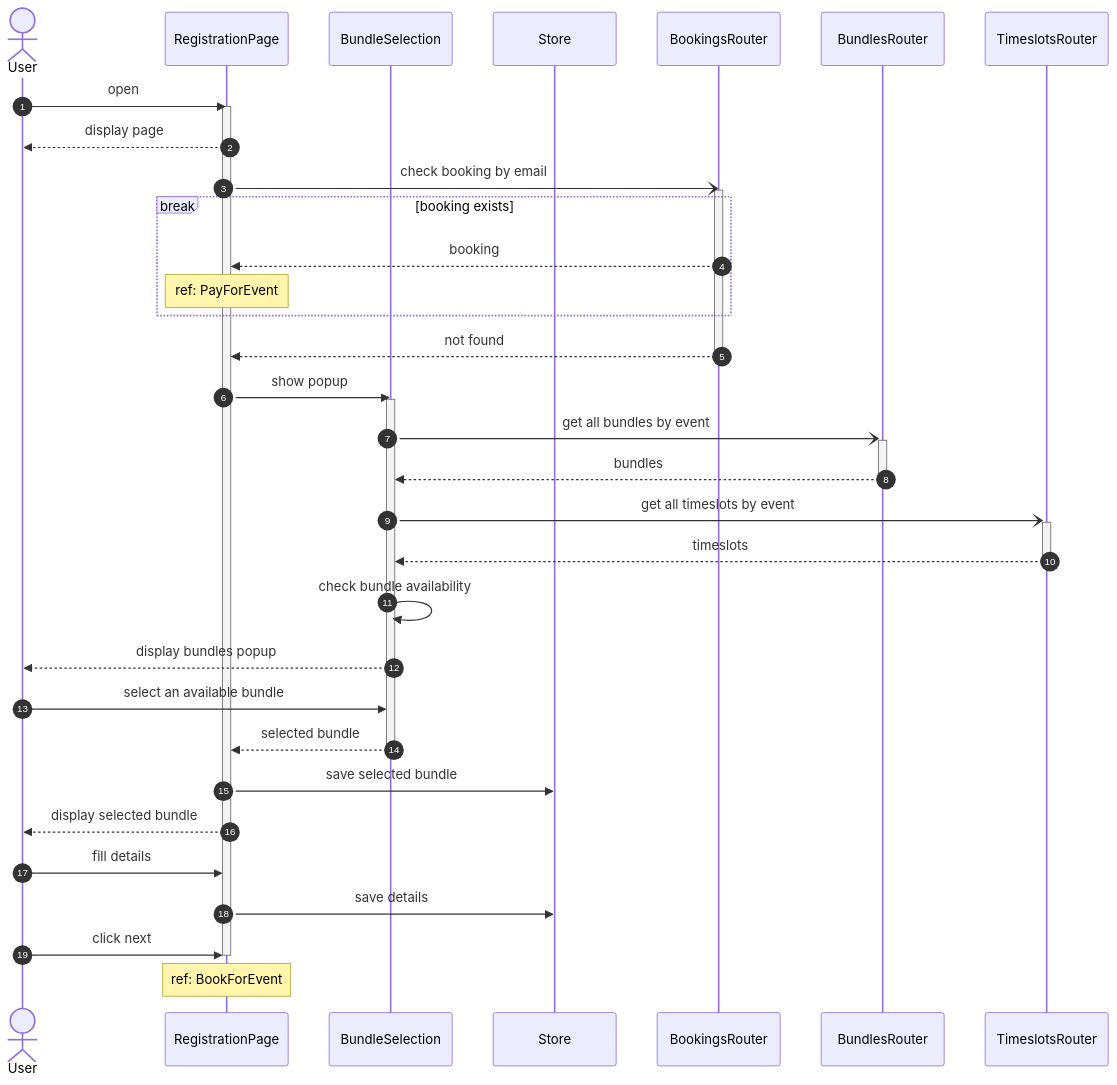
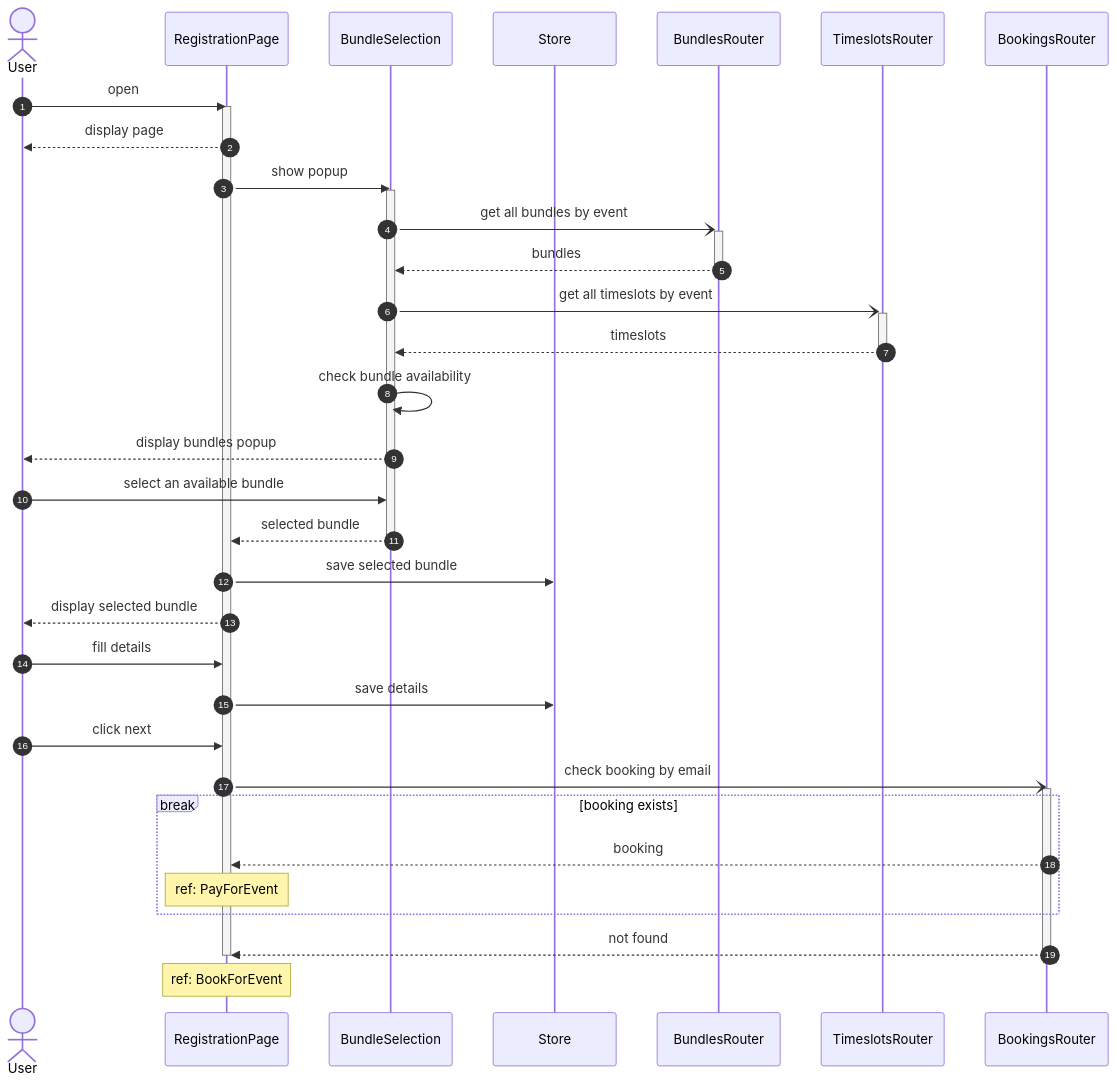
One commit to GTD-IT-XXIV/gtd-xxvi-website changed the first of 3 diagrams in docs/sequence-diagrams.md. Above: the diagram before and after it, drawn with Mermaid. The commit also changed 13 other files, not shown here.

First line of the commit message:
feat: add skeleton ui for registration page

````diff
--- a/docs/sequence-diagrams.md
+++ b/docs/sequence-diagrams.md
@@ -5,43 +5,44 @@
 ```mermaid
 sequenceDiagram
   autonumber
   actor User
   participant RegistrationPage
   participant BundleSelection
   participant Store
 
   User ->> RegistrationPage : open
   activate RegistrationPage
   RegistrationPage -->> User : display page
-
-  RegistrationPage -) BookingsRouter : check booking by email
-  activate BookingsRouter
-  break booking exists
-    BookingsRouter -->> RegistrationPage : booking
-    Note over RegistrationPage : ref: PayForEvent
-  end
-  BookingsRouter -->> RegistrationPage : not found
-  deactivate BookingsRouter
 
   RegistrationPage ->> BundleSelection : show popup
   activate BundleSelection
   BundleSelection -) +BundlesRouter : get all bundles by event
   BundlesRouter -->> -BundleSelection : bundles
   BundleSelection -) +TimeslotsRouter : get all timeslots by event
   TimeslotsRouter -->> -BundleSelection : timeslots
   BundleSelection ->> BundleSelection : check bundle availability
   BundleSelection -->> User : display bundles popup
 
   User ->> BundleSelection : select an available bundle
   BundleSelection -->> -RegistrationPage : selected bundle
   RegistrationPage ->> Store : save selected bundle
   RegistrationPage -->> User : display selected bundle
 
   User ->> RegistrationPage : fill details
   RegistrationPage ->> Store : save details
 
   User ->> RegistrationPage : click next
+
+  RegistrationPage -) BookingsRouter : check booking by email
+  activate BookingsRouter
+  break booking exists
+    BookingsRouter -->> RegistrationPage : booking
+    Note over RegistrationPage : ref: PayForEvent
+  end
+  BookingsRouter -->> RegistrationPage : not found
+  deactivate BookingsRouter
+
   deactivate RegistrationPage
 
   Note over RegistrationPage : ref: BookForEvent
 ```
````
